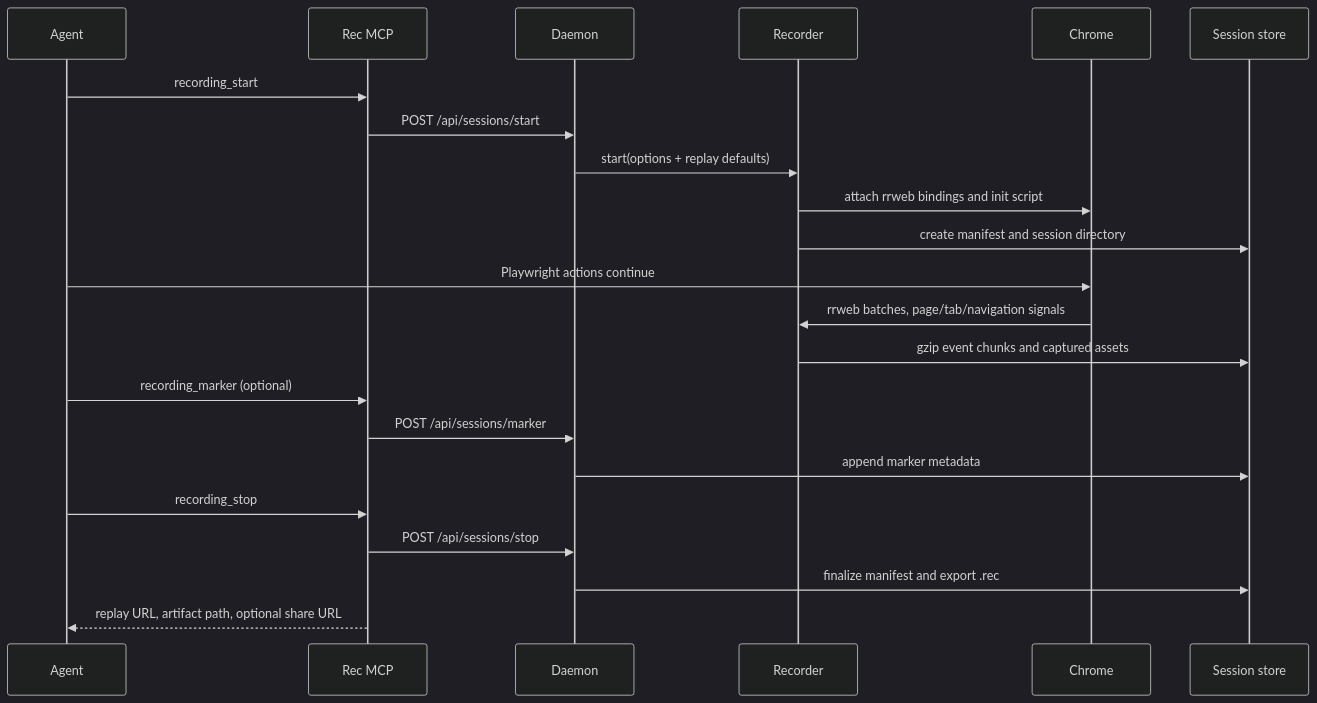
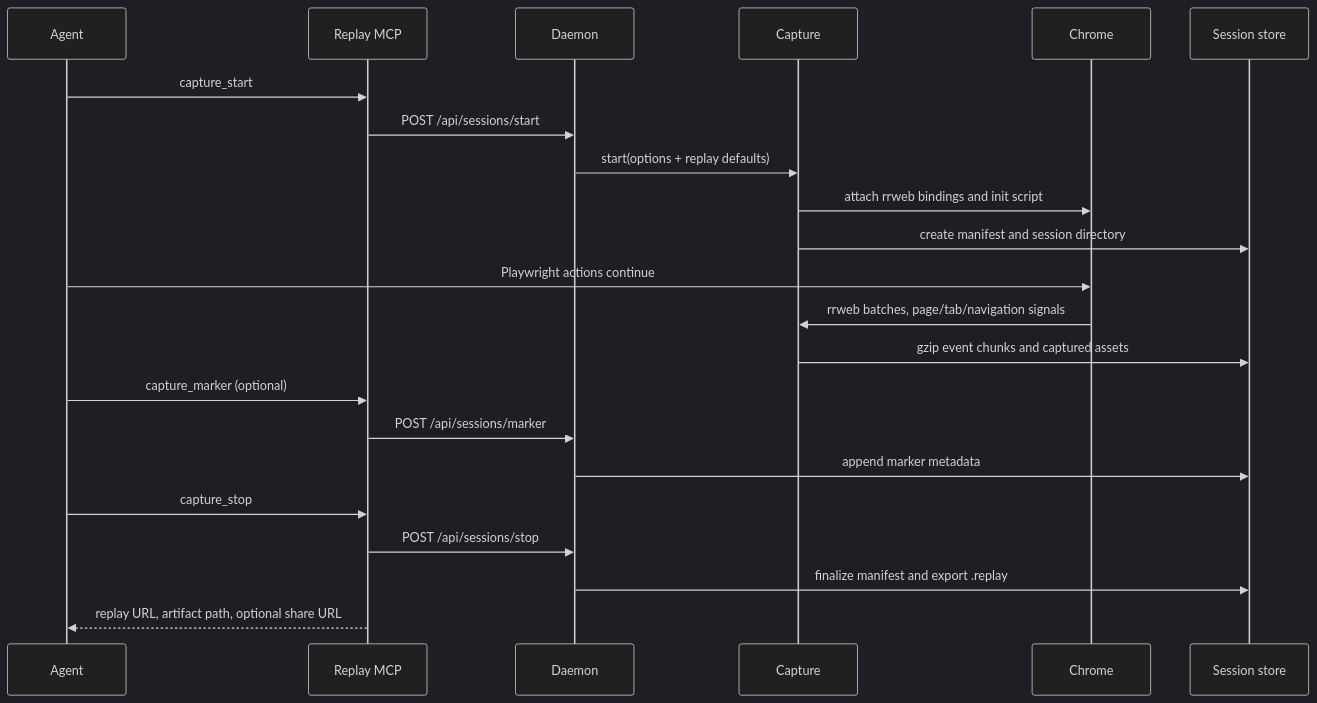
One commit to that-one-arab/replay changed the third of 5 diagrams in ARCHITECTURE.md. Above: the diagram before and after it, drawn with Mermaid (dark theme). The commit also changed other lines of this file and 103 other files, not shown here.

First line of the commit message:
Rebrand the app from Rec to Replay

````diff
--- a/ARCHITECTURE.md
+++ b/ARCHITECTURE.md
@@ -139,25 +139,25 @@
 ```mermaid
 sequenceDiagram
   participant Agent
-  participant Rec as Rec MCP
+  participant Replay as Replay MCP
   participant Daemon
-  participant Recorder
+  participant Capture
   participant Chrome
   participant Store as Session store
 
-  Agent->>Rec: recording_start
-  Rec->>Daemon: POST /api/sessions/start
-  Daemon->>Recorder: start(options + replay defaults)
-  Recorder->>Chrome: attach rrweb bindings and init script
-  Recorder->>Store: create manifest and session directory
+  Agent->>Replay: capture_start
+  Replay->>Daemon: POST /api/sessions/start
+  Daemon->>Capture: start(options + replay defaults)
+  Capture->>Chrome: attach rrweb bindings and init script
+  Capture->>Store: create manifest and session directory
   Agent->>Chrome: Playwright actions continue
-  Chrome->>Recorder: rrweb batches, page/tab/navigation signals
-  Recorder->>Store: gzip event chunks and captured assets
-  Agent->>Rec: recording_marker (optional)
-  Rec->>Daemon: POST /api/sessions/marker
+  Chrome->>Capture: rrweb batches, page/tab/navigation signals
+  Capture->>Store: gzip event chunks and captured assets
+  Agent->>Replay: capture_marker (optional)
+  Replay->>Daemon: POST /api/sessions/marker
   Daemon->>Store: append marker metadata
-  Agent->>Rec: recording_stop
-  Rec->>Daemon: POST /api/sessions/stop
-  Daemon->>Store: finalize manifest and export .rec
-  Rec-->>Agent: replay URL, artifact path, optional share URL
+  Agent->>Replay: capture_stop
+  Replay->>Daemon: POST /api/sessions/stop
+  Daemon->>Store: finalize manifest and export .replay
+  Replay-->>Agent: replay URL, artifact path, optional share URL
 ```
````
